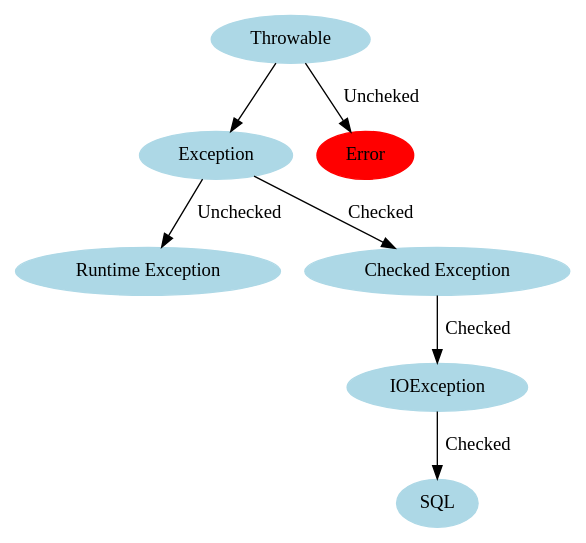
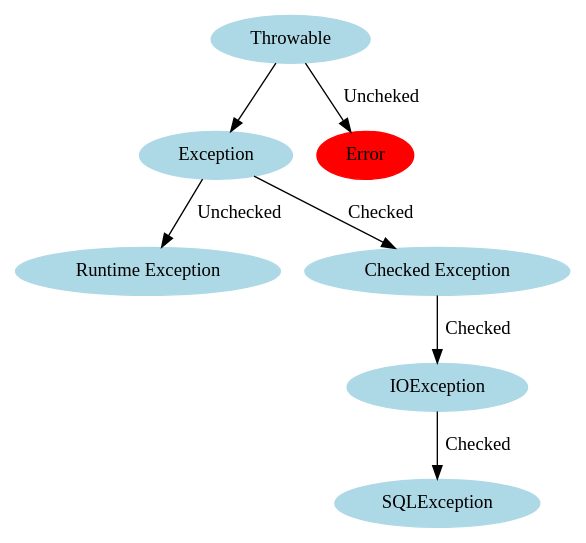
Before and after one commit to Broscorp-net/traineeship: the diagram in module1/src/main/java/net/broscorp/exceptions/exception.gv, drawn with Graphviz.

Commit message:
Changed scheme add SQLException

```diff
--- a/module1/src/main/java/net/broscorp/exceptions/exception.gv
+++ b/module1/src/main/java/net/broscorp/exceptions/exception.gv
@@ -1,19 +1,19 @@
 digraph java_exceptions {
     node [style = filled,color = lightblue]
 
     "Throwable" -> "Exception"
 
     node [color = red]
 
     "Throwable" -> "Error" [label = "Uncheked"]
 
     node [color = lightblue]
 
     "Exception" -> "Runtime Exception" [label = "Unchecked"]
 
     "Exception" -> "Checked Exception" [label = "Checked"]
 
     "Checked Exception" -> "IOException" [label = "Checked"]
 
-    "IOException" -> "SQL" [label = "Checked"]
+    "IOException" -> "SQLException" [label = "Checked"]
 }
```
